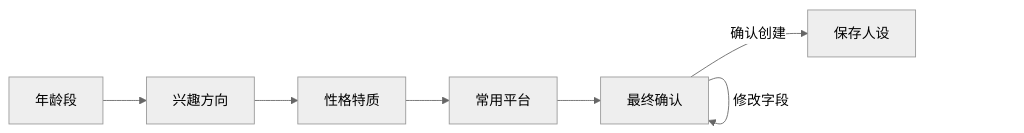
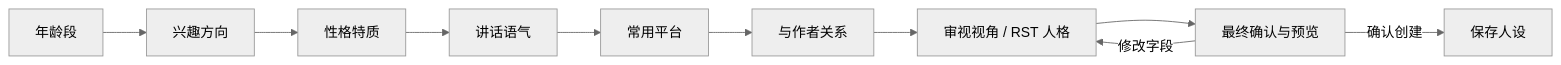
Before and after one commit to ChurzeXo/kevlar-4u: the second of 3 diagrams in README.zh.md, drawn with Mermaid (neutral theme). The commit also changed other lines of this file and 15 other files, not shown here.

````diff
--- a/README.zh.md
+++ b/README.zh.md
@@ -123,9 +130,12 @@
 ```mermaid
 flowchart LR
   A["年龄段"] --> B["兴趣方向"]
   B --> C["性格特质"]
-  C --> D["常用平台"]
-  D --> E["最终确认"]
-  E -->|确认创建| F["保存人设"]
-  E -->|修改字段| E
+  C --> D["讲话语气"]
+  D --> E["常用平台"]
+  E --> F["与作者关系"]
+  F --> G["审视视角 / RST 人格"]
+  G --> H["最终确认与预览"]
+  H -->|确认创建| I["保存人设"]
+  H -->|修改字段| G
 ```
````
